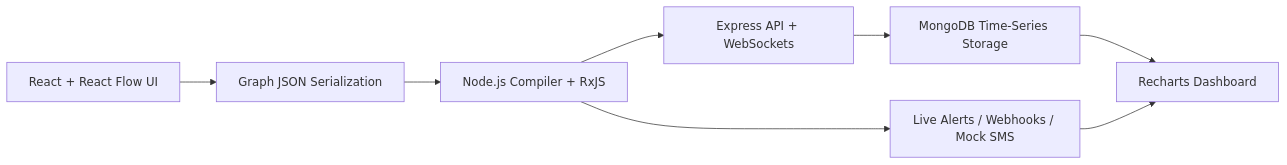
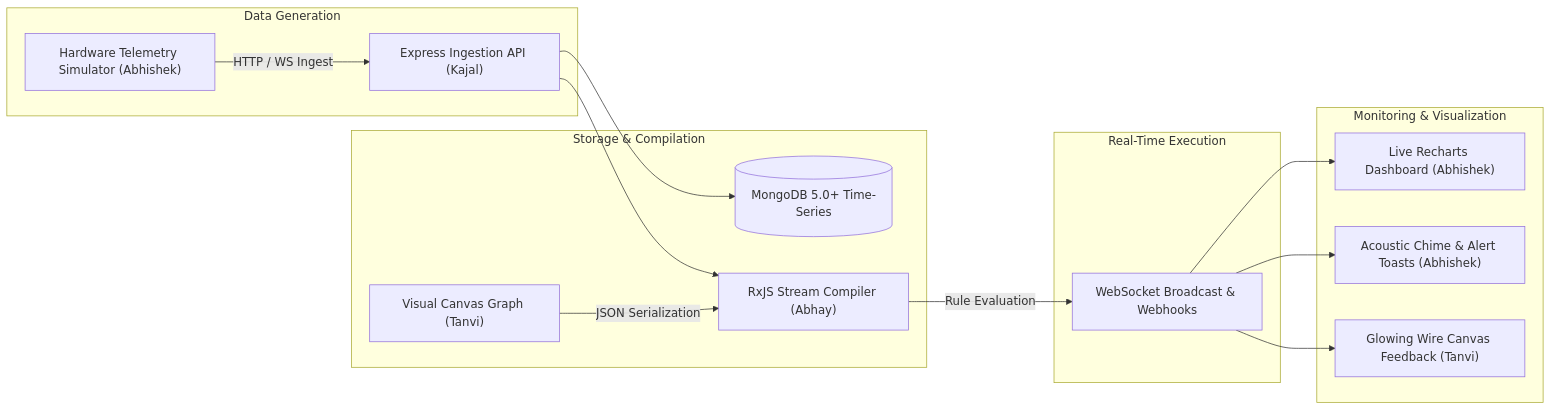
Before and after one commit to ABHAY-AVA2005/NexusFlow: the diagram in README.md, drawn with Mermaid. The commit also changed other lines of this file and 1 other file, not shown here.

Commit message:
docs: overhaul master README architecture specification

````diff
--- a/README.md
+++ b/README.md
@@ -7,10 +25,22 @@
 ```mermaid
 flowchart LR
-    A[React + React Flow UI] --> B[Graph JSON Serialization]
-    B --> C[Node.js Compiler + RxJS]
-    C --> D[Express API + WebSockets]
-    D --> E[MongoDB Time-Series Storage]
-    C --> F[Live Alerts / Webhooks / Mock SMS]
-    E --> G[Recharts Dashboard]
-    F --> G
+    subgraph Data Generation
+        A["Hardware Telemetry Simulator (Abhishek)"] -->|HTTP / WS Ingest| B["Express Ingestion API (Kajal)"]
+    end
+
+    subgraph Storage & Compilation
+        B --> C[("MongoDB 5.0+ Time-Series")]
+        D["Visual Canvas Graph (Tanvi)"] -->|JSON Serialization| E["RxJS Stream Compiler (Abhay)"]
+    end
+
+    subgraph Real-Time Execution
+        B --> E
+        E -->|Rule Evaluation| F["WebSocket Broadcast & Webhooks"]
+    end
+
+    subgraph Monitoring & Visualization
+        F --> G["Live Recharts Dashboard (Abhishek)"]
+        F --> H["Acoustic Chime & Alert Toasts (Abhishek)"]
+        F --> I["Glowing Wire Canvas Feedback (Tanvi)"]
+    end
 ```
````
